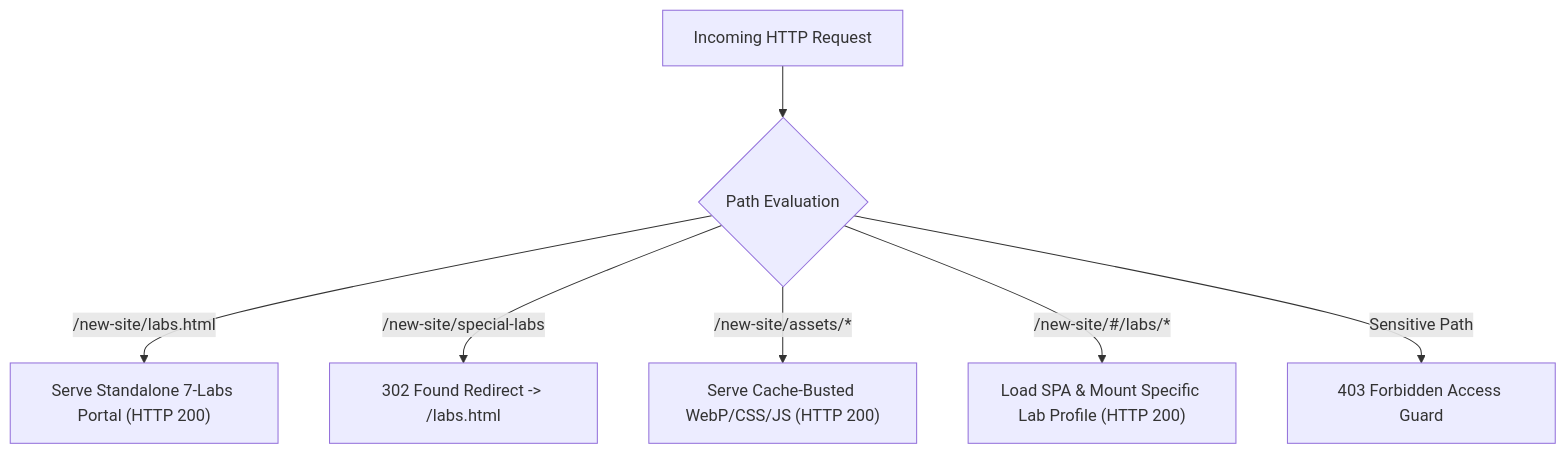
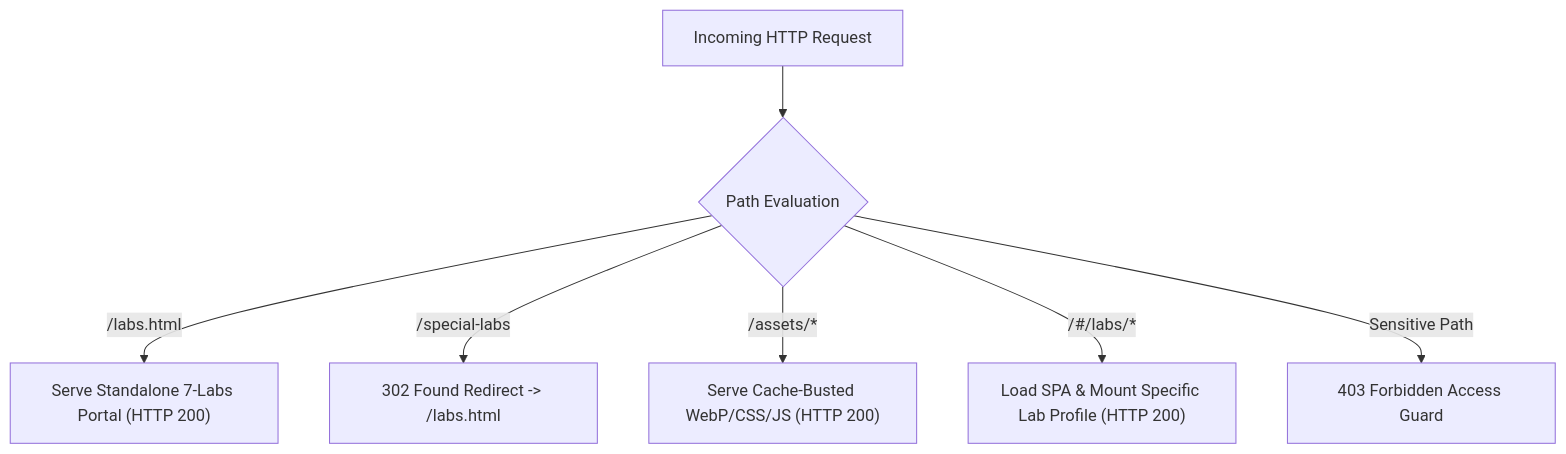
One commit to SANJAYKRISHNA-B/siet-web-final changed the diagram in docs/reports/QA_AND_INTRUSION_TEST_REPORT.md. Above: the diagram before and after it, drawn with Mermaid. The commit also changed other lines of this file and 19 other files, not shown here.

````diff
--- a/docs/reports/QA_AND_INTRUSION_TEST_REPORT.md
+++ b/docs/reports/QA_AND_INTRUSION_TEST_REPORT.md
@@ -33,9 +33,9 @@
 ```mermaid
 flowchart TD
     UserReq["Incoming HTTP Request"] --> Router{"Path Evaluation"}
-    Router -->|"/new-site/labs.html"| StandaloneLabs["Serve Standalone 7-Labs Portal (HTTP 200)"]
-    Router -->|"/new-site/special-labs"| RedirectLabs["302 Found Redirect -> /labs.html"]
-    Router -->|"/new-site/assets/*"| StaticAssets["Serve Cache-Busted WebP/CSS/JS (HTTP 200)"]
-    Router -->|"/new-site/#/labs/*"| SPARoute["Load SPA & Mount Specific Lab Profile (HTTP 200)"]
+    Router -->|"/labs.html"| StandaloneLabs["Serve Standalone 7-Labs Portal (HTTP 200)"]
+    Router -->|"/special-labs"| RedirectLabs["302 Found Redirect -> /labs.html"]
+    Router -->|"/assets/*"| StaticAssets["Serve Cache-Busted WebP/CSS/JS (HTTP 200)"]
+    Router -->|"/#/labs/*"| SPARoute["Load SPA & Mount Specific Lab Profile (HTTP 200)"]
     Router -->|Sensitive Path| PerimeterGuard["403 Forbidden Access Guard"]
 ```
````
